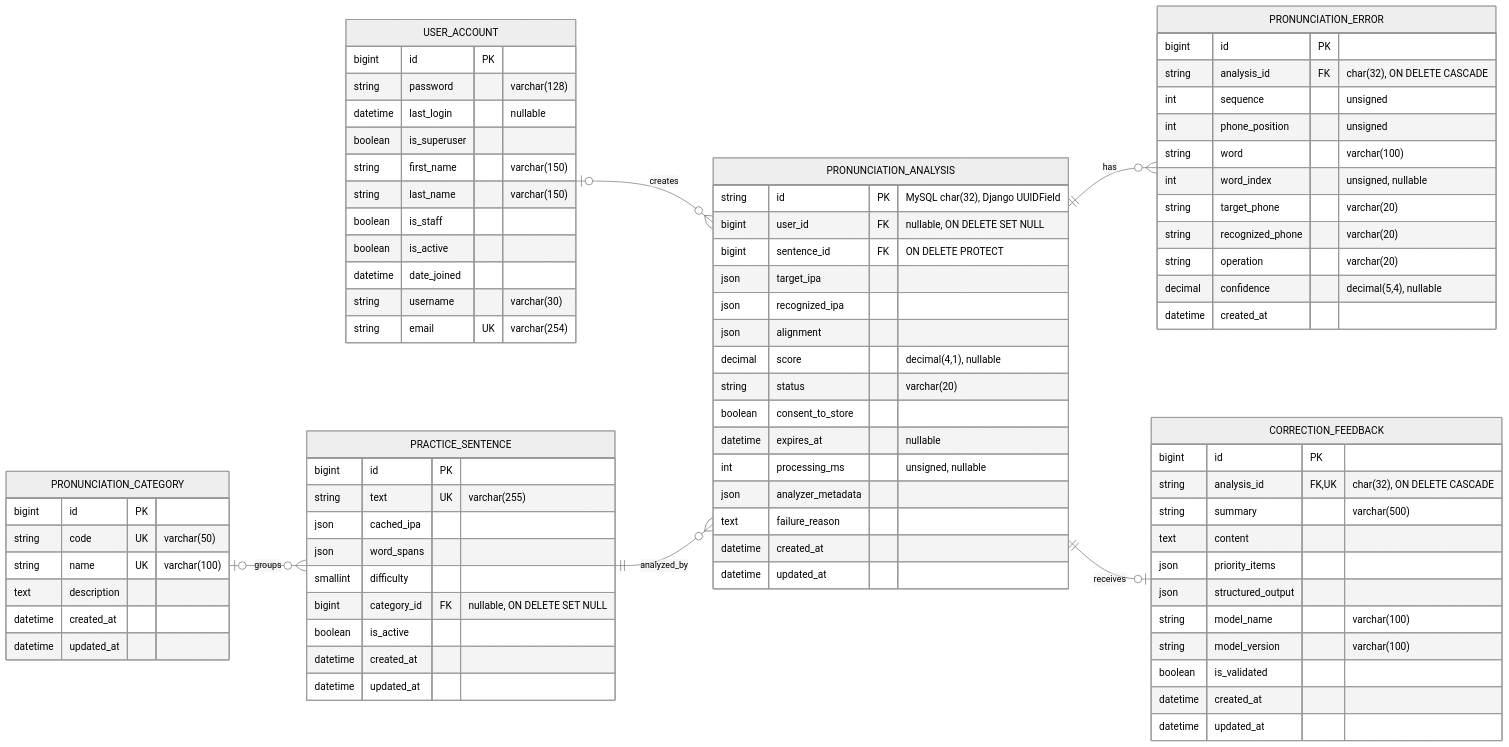
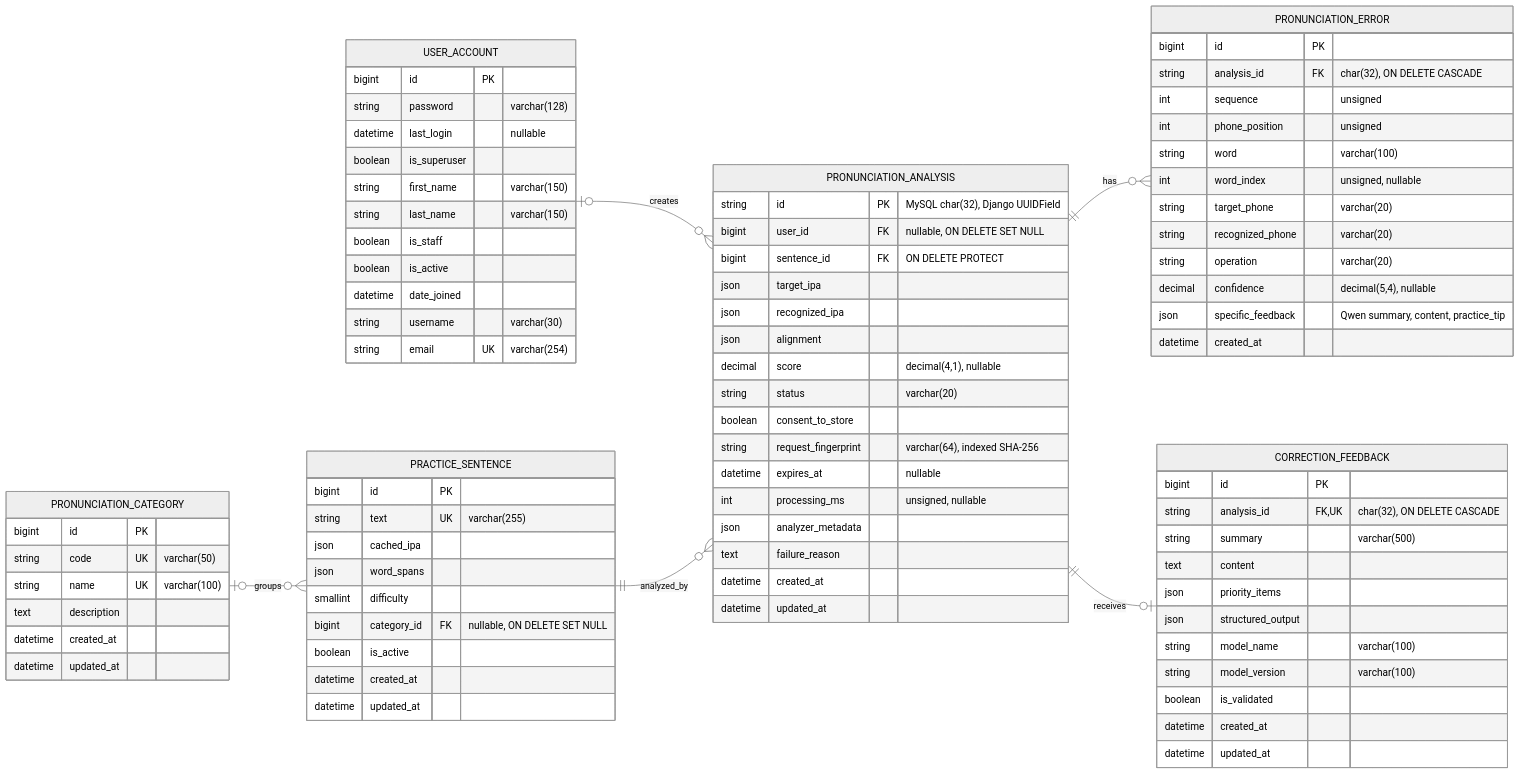
One commit to Squater0219/Jipangi changed the diagram in docs/database-erd.md. Above: the diagram before and after it, drawn with Mermaid (neutral theme). The commit also changed other lines of this file and 6 other files, not shown here.

Commit message:
feat: store request fingerprints and error feedback

```diff
--- a/docs/database-erd.md
+++ b/docs/database-erd.md
@@ -60,6 +60,7 @@
         decimal score "decimal(4,1), nullable"
         string status "varchar(20)"
         boolean consent_to_store
+        string request_fingerprint "varchar(64), indexed SHA-256"
         datetime expires_at "nullable"
         int processing_ms "unsigned, nullable"
         json analyzer_metadata
@@ -79,6 +80,7 @@
         string recognized_phone "varchar(20)"
         string operation "varchar(20)"
         decimal confidence "decimal(5,4), nullable"
+        json specific_feedback "Qwen summary, content, practice_tip"
         datetime created_at
     }
 
```
